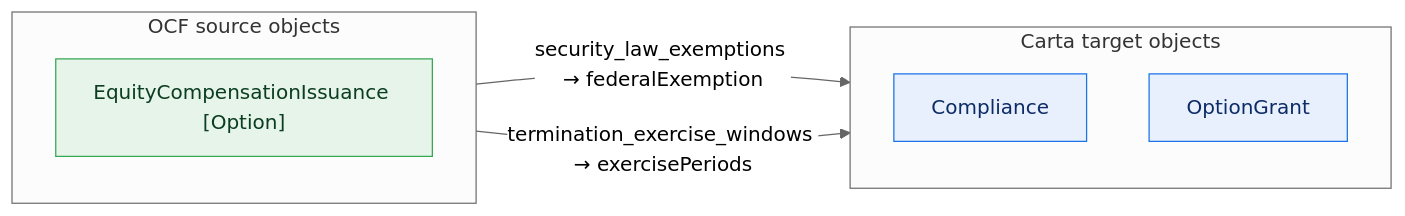
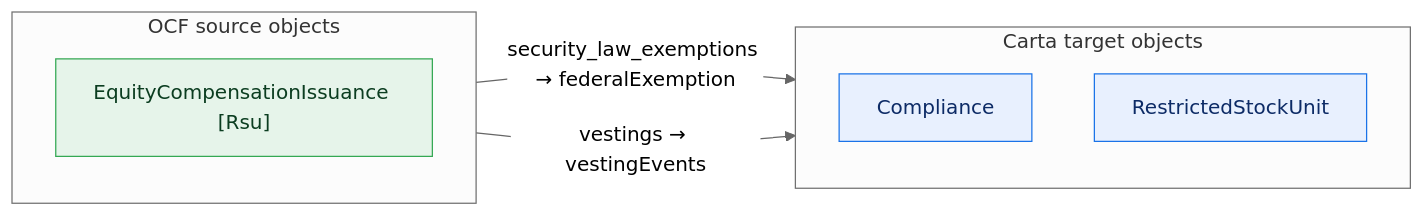
Before and after one commit to Open-Cap-Table-Coalition/OCF-Composed-Schemas: the sixth of 26 diagrams in core-rich/core-upstream.md, drawn with Mermaid (neutral theme). The commit also changed other lines of this file and 16 other files, not shown here.

````diff
--- a/core-rich/core-upstream.md
+++ b/core-rich/core-upstream.md
@@ -104,18 +126,18 @@
 ```mermaid
 flowchart LR
   classDef adm fill:#e6f4ea,stroke:#34a853,color:#0b3d20;
   classDef notadm fill:#f1f3f4,stroke:#9aa0a6,color:#5f6368,stroke-dasharray:4 3;
   classDef carta fill:#e8f0fe,stroke:#1a73e8,color:#0d2b66;
   classDef sink fill:#fce8e6,stroke:#d93025,color:#5c0d06;
   subgraph SRC["OCF source objects"]
     direction TB
-    o0["EquityCompensationIssuance [Option]"]:::adm
+    o0["EquityCompensationIssuance [Rsu]"]:::adm
   end
   subgraph TGT["Carta target objects"]
     direction TB
     t0["Compliance"]:::carta
-    t1["OptionGrant"]:::carta
+    t1["RestrictedStockUnit"]:::carta
   end
   o0 -->|"security_law_exemptions → federalExemption"| t0
-  o0 -->|"termination_exercise_windows → exercisePeriods"| t1
+  o0 -->|"vestings → vestingEvents"| t1
 ```
````
